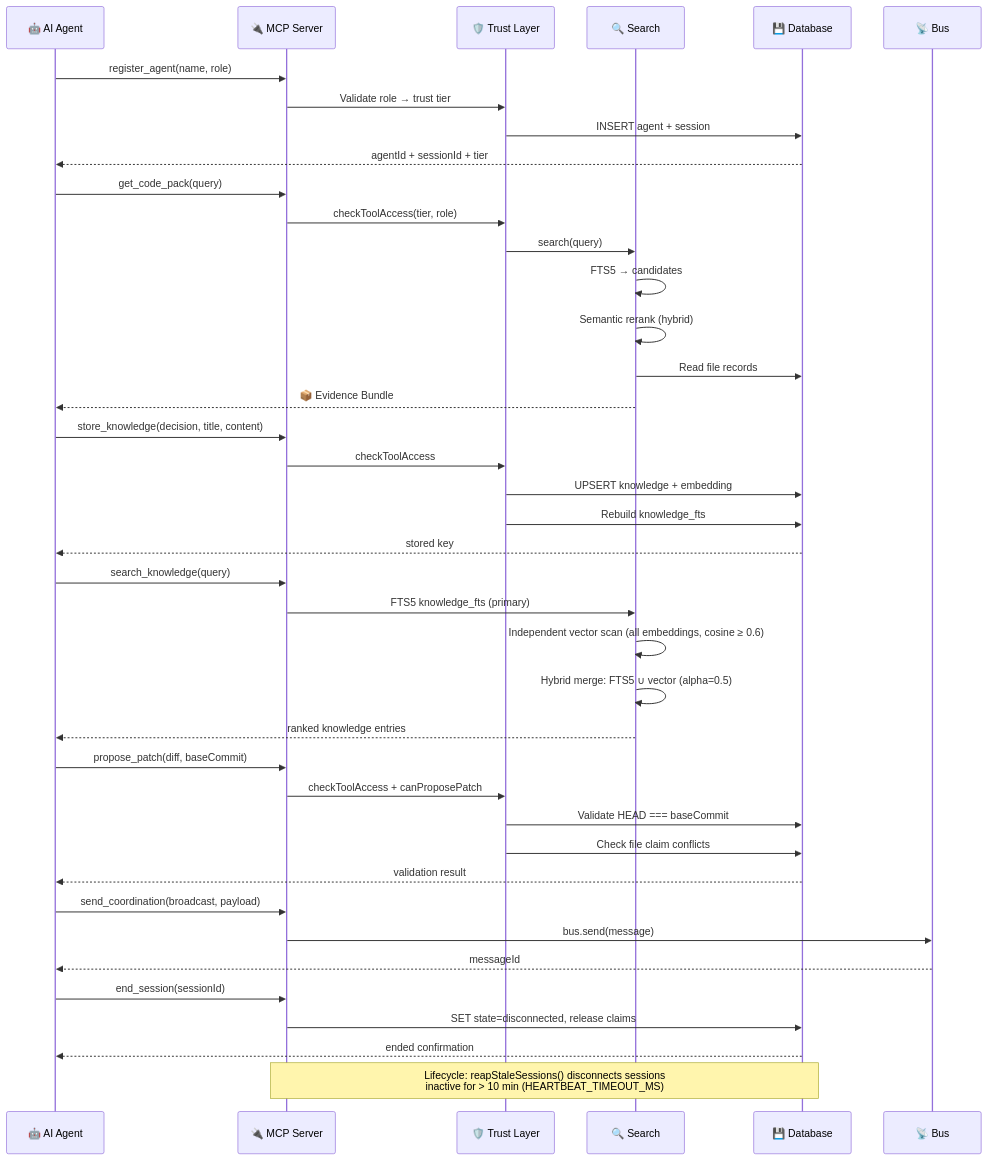
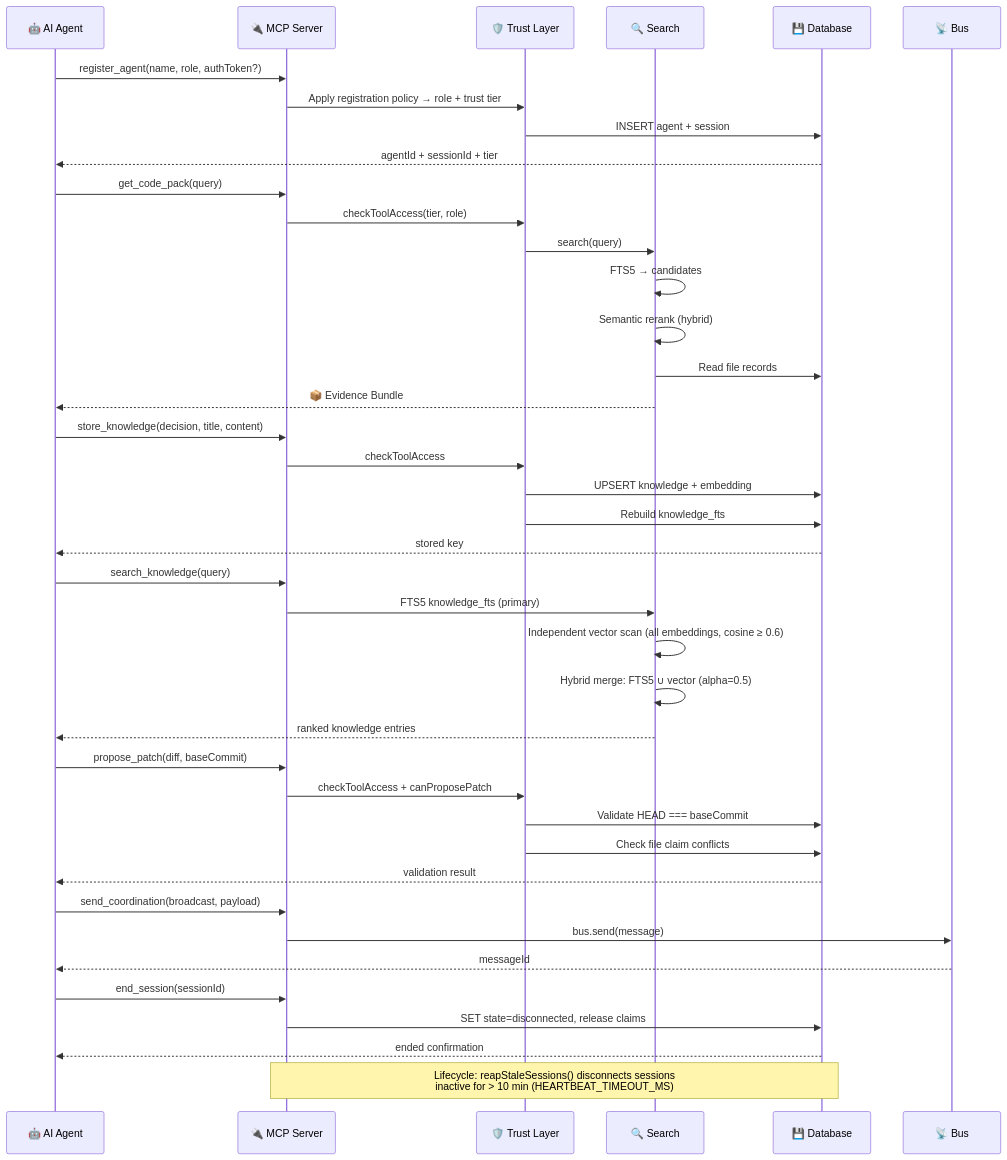
Before and after one commit to xpm-cmd/Monsthera: the second of 4 diagrams in docs/architecture.md, drawn with Mermaid. The commit also changed 11 other files, not shown here.

Commit message:
Harden register_agent role assignment

````diff
--- a/docs/architecture.md
+++ b/docs/architecture.md
@@ -131,50 +131,50 @@
 ```mermaid
 sequenceDiagram
     participant A as 🤖 AI Agent
     participant M as 🔌 MCP Server
     participant T as 🛡️ Trust Layer
     participant S as 🔍 Search
     participant D as 💾 Database
     participant B as 📡 Bus
 
-    A->>M: register_agent(name, role)
-    M->>T: Validate role → trust tier
+    A->>M: register_agent(name, role, authToken?)
+    M->>T: Apply registration policy → role + trust tier
     T->>D: INSERT agent + session
     D-->>A: agentId + sessionId + tier
 
     A->>M: get_code_pack(query)
     M->>T: checkToolAccess(tier, role)
     T->>S: search(query)
     S->>S: FTS5 → candidates
     S->>S: Semantic rerank (hybrid)
     S->>D: Read file records
     S-->>A: 📦 Evidence Bundle
 
     A->>M: store_knowledge(decision, title, content)
     M->>T: checkToolAccess
     T->>D: UPSERT knowledge + embedding
     T->>D: Rebuild knowledge_fts
     D-->>A: stored key
 
     A->>M: search_knowledge(query)
     M->>S: FTS5 knowledge_fts (primary)
     S->>S: Independent vector scan (all embeddings, cosine ≥ 0.6)
     S->>S: Hybrid merge: FTS5 ∪ vector (alpha=0.5)
     S-->>A: ranked knowledge entries
 
     A->>M: propose_patch(diff, baseCommit)
     M->>T: checkToolAccess + canProposePatch
     T->>D: Validate HEAD === baseCommit
     T->>D: Check file claim conflicts
     D-->>A: validation result
 
     A->>M: send_coordination(broadcast, payload)
     M->>B: bus.send(message)
     B-->>A: messageId
 
     A->>M: end_session(sessionId)
     M->>D: SET state=disconnected, release claims
     D-->>A: ended confirmation
 
     Note over M,D: Lifecycle: reapStaleSessions() disconnects sessions<br/>inactive for > 10 min (HEARTBEAT_TIMEOUT_MS)
 ```
````
